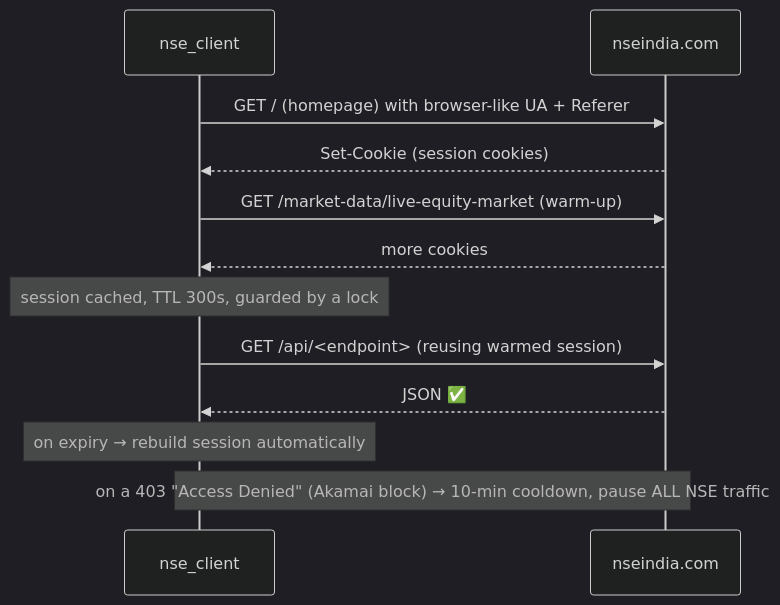
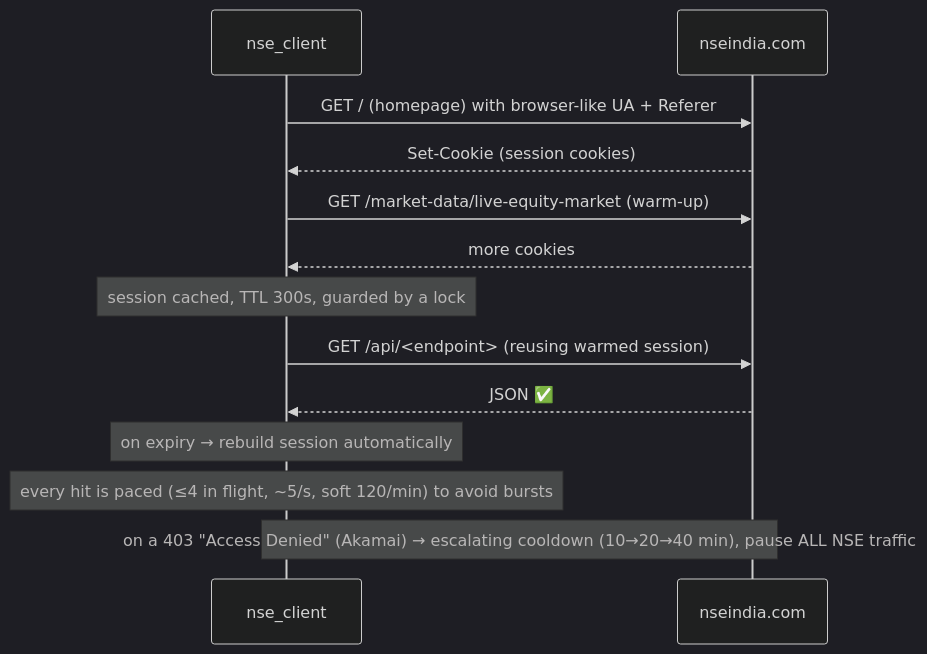
Before and after one commit to aakash-jain-1/nse-market-pulse: the eighth of 8 diagrams in README.md, drawn with Mermaid (dark theme). The commit also changed other lines of this file and 8 other files, not shown here.

First line of the commit message:
Pace all NSE traffic + escalating WAF cooldown + browser headers; 760 -> 772 tests

````diff
--- a/README.md
+++ b/README.md
@@ -874,14 +874,15 @@
 ```mermaid
 sequenceDiagram
     participant C as nse_client
     participant N as nseindia.com
     C->>N: GET / (homepage) with browser-like UA + Referer
     N-->>C: Set-Cookie (session cookies)
     C->>N: GET /market-data/live-equity-market (warm-up)
     N-->>C: more cookies
     Note over C: session cached, TTL 300s, guarded by a lock
     C->>N: GET /api/<endpoint> (reusing warmed session)
     N-->>C: JSON ✅
     Note over C: on expiry → rebuild session automatically
-    Note over C,N: on a 403 "Access Denied" (Akamai block) → 10-min cooldown, pause ALL NSE traffic
+    Note over C: every hit is paced (≤4 in flight, ~5/s, soft 120/min) to avoid bursts
+    Note over C,N: on a 403 "Access Denied" (Akamai) → escalating cooldown (10→20→40 min), pause ALL NSE traffic
 ```
````
